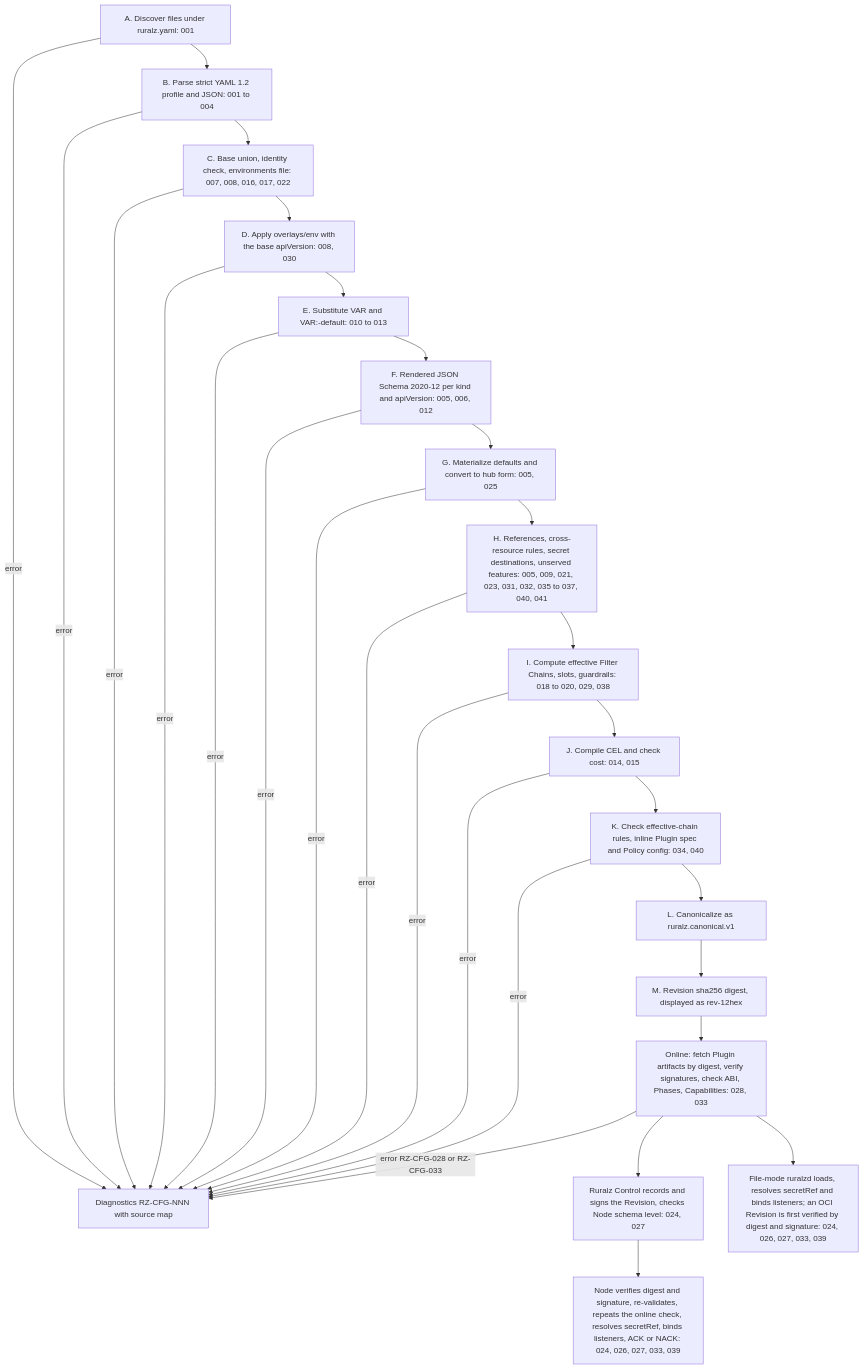
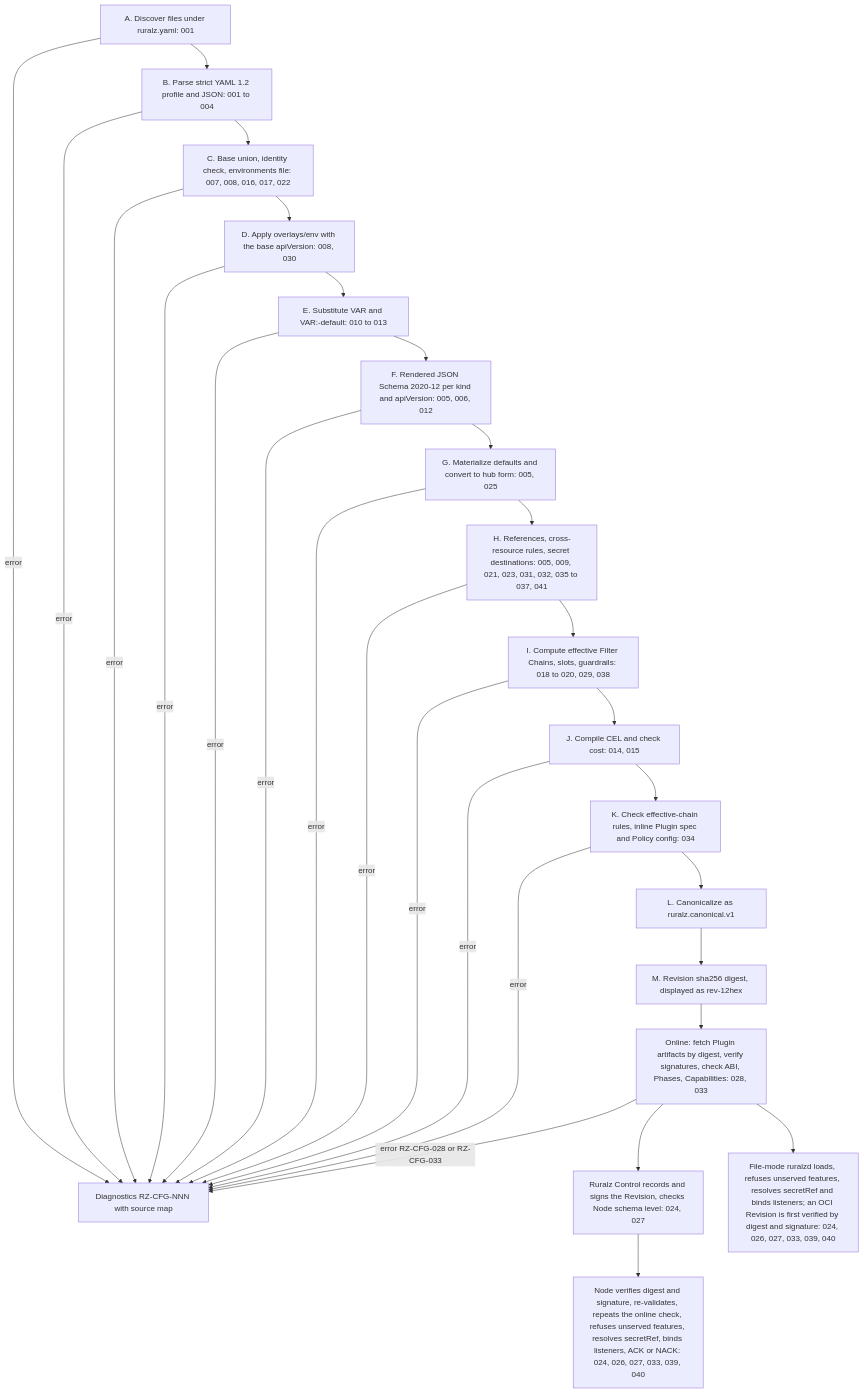
One commit to ravindu-rev/ruralz changed the third of 3 diagrams in docs/architecture/02-configuration-model.md. Above: the diagram before and after it, drawn with Mermaid. The commit also changed other lines of this file and 3 other files, not shown here.

````diff
--- a/docs/architecture/02-configuration-model.md
+++ b/docs/architecture/02-configuration-model.md
@@ -842,31 +842,31 @@
 ```mermaid
 flowchart TD
     A["A. Discover files under ruralz.yaml: 001"] --> B["B. Parse strict YAML 1.2 profile and JSON: 001 to 004"]
     B --> C["C. Base union, identity check, environments file: 007, 008, 016, 017, 022"]
     C --> D["D. Apply overlays/env with the base apiVersion: 008, 030"]
     D --> E["E. Substitute VAR and VAR:-default: 010 to 013"]
     E --> F["F. Rendered JSON Schema 2020-12 per kind and apiVersion: 005, 006, 012"]
     F --> G["G. Materialize defaults and convert to hub form: 005, 025"]
-    G --> H["H. References, cross-resource rules, secret destinations, unserved features: 005, 009, 021, 023, 031, 032, 035 to 037, 040, 041"]
+    G --> H["H. References, cross-resource rules, secret destinations: 005, 009, 021, 023, 031, 032, 035 to 037, 041"]
     H --> I["I. Compute effective Filter Chains, slots, guardrails: 018 to 020, 029, 038"]
     I --> J["J. Compile CEL and check cost: 014, 015"]
-    J --> K["K. Check effective-chain rules, inline Plugin spec and Policy config: 034, 040"]
+    J --> K["K. Check effective-chain rules, inline Plugin spec and Policy config: 034"]
     K --> L["L. Canonicalize as ruralz.canonical.v1"]
     L --> M["M. Revision sha256 digest, displayed as rev-12hex"]
     A -- error --> X["Diagnostics RZ-CFG-NNN with source map"]
     B -- error --> X
     C -- error --> X
     D -- error --> X
     E -- error --> X
     F -- error --> X
     G -- error --> X
     H -- error --> X
     I -- error --> X
     J -- error --> X
     K -- error --> X
     M --> Q["Online: fetch Plugin artifacts by digest, verify signatures, check ABI, Phases, Capabilities: 028, 033"]
     Q -- "error RZ-CFG-028 or RZ-CFG-033" --> X
     Q --> N["Ruralz Control records and signs the Revision, checks Node schema level: 024, 027"]
-    Q --> O["File-mode ruralzd loads, resolves secretRef and binds listeners; an OCI Revision is first verified by digest and signature: 024, 026, 027, 033, 039"]
-    N --> P["Node verifies digest and signature, re-validates, repeats the online check, resolves secretRef, binds listeners, ACK or NACK: 024, 026, 027, 033, 039"]
+    Q --> O["File-mode ruralzd loads, refuses unserved features, resolves secretRef and binds listeners; an OCI Revision is first verified by digest and signature: 024, 026, 027, 033, 039, 040"]
+    N --> P["Node verifies digest and signature, re-validates, repeats the online check, refuses unserved features, resolves secretRef, binds listeners, ACK or NACK: 024, 026, 027, 033, 039, 040"]
 ```
````
